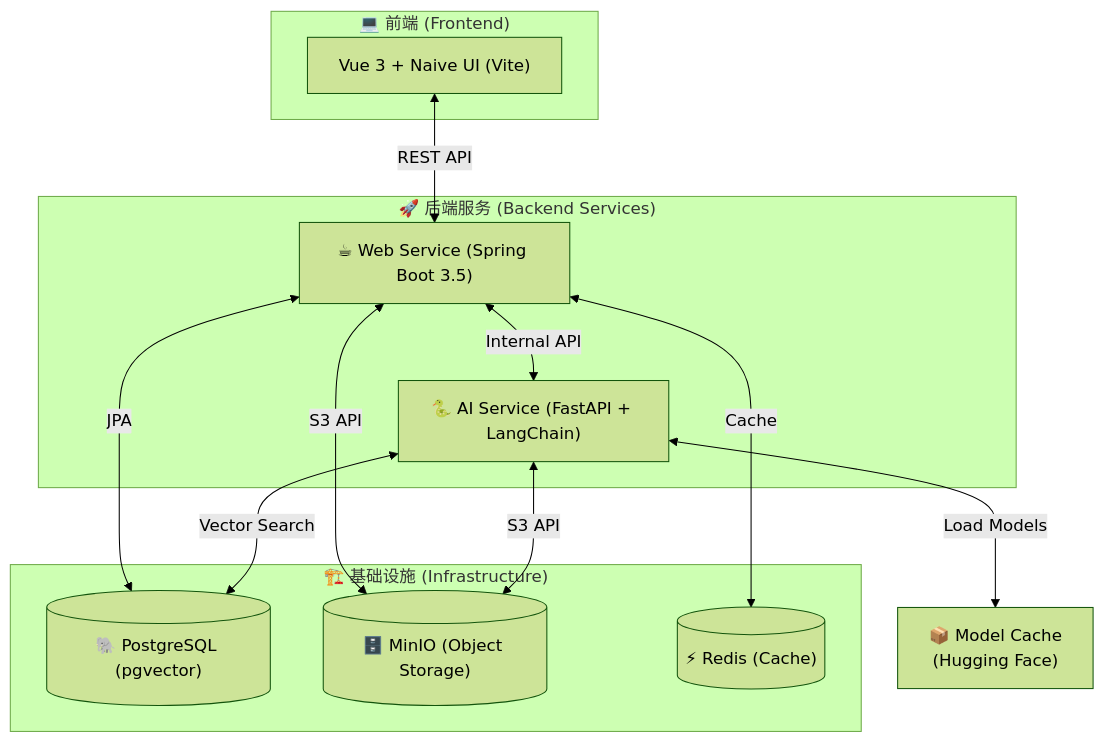
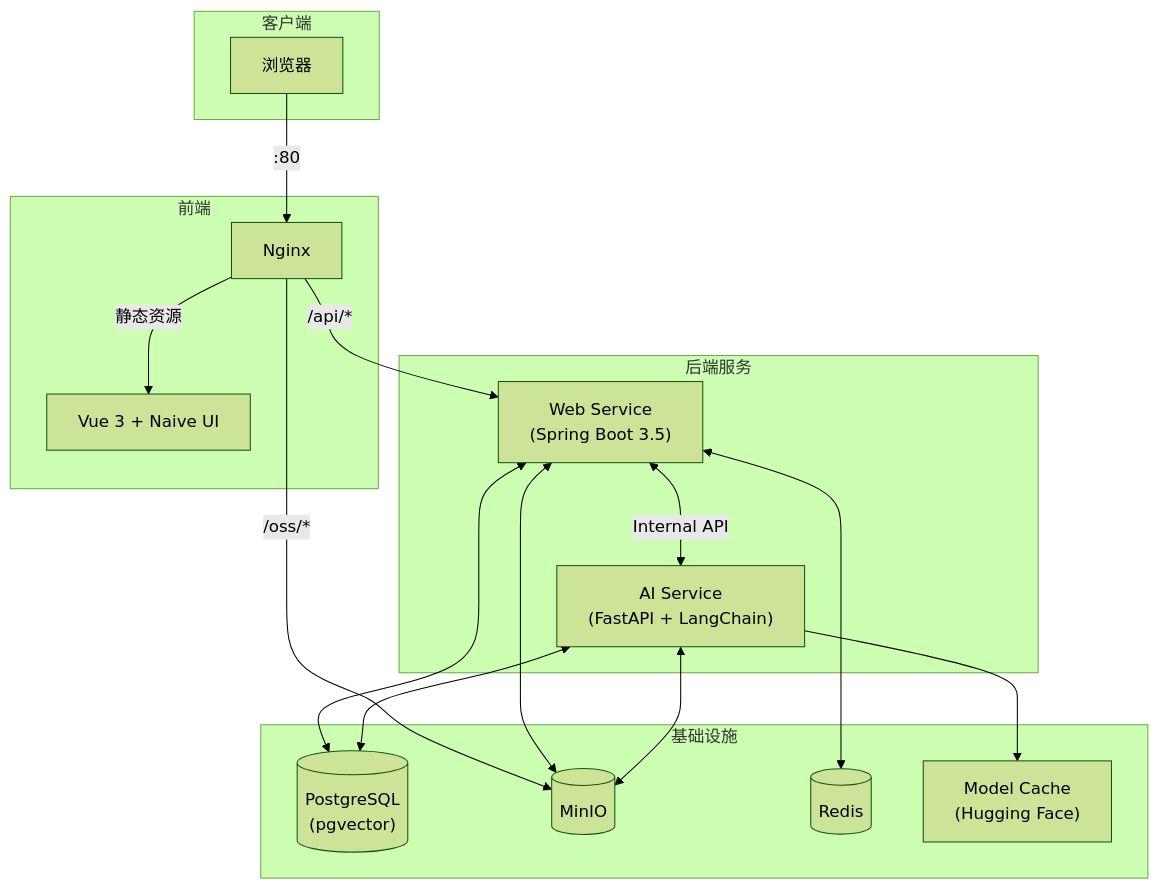
The diagram in README.md (tamakara/bakabooru), drawn with Mermaid (forest theme) before and after one commit. The commit also changed other lines of this file, not shown here.

````diff
--- a/README.md
+++ b/README.md
@@ -53,32 +40,35 @@
 ```mermaid
 graph TD
-    subgraph Frontend ["💻 前端 (Frontend)"]
-        Browser["Vue 3 + Naive UI (Vite)"]
-    end
-    
-    subgraph Backend ["🚀 后端服务 (Backend Services)"]
-        JavaService["☕ Web Service (Spring Boot 3.5)"]
-        AIService["🐍 AI Service (FastAPI + LangChain)"]
+    subgraph Client ["客户端"]
+        Browser["浏览器"]
     end
 
-    subgraph Infrastructure ["🏗️ 基础设施 (Infrastructure)"]
-        Postgres[("🐘 PostgreSQL (pgvector)")]
-        MinIO[("🗄️ MinIO (Object Storage)")]
-        Redis[("⚡ Redis (Cache)")]
+    subgraph Frontend ["前端"]
+        Nginx["Nginx"]
+        VueApp["Vue 3 + Naive UI"]
     end
 
-    %% 交互流
-    Browser <-->|"REST API"| JavaService
-    
-    %% 服务间通信
-    JavaService <-->|"Internal API"| AIService
-    
-    %% 数据存取
-    JavaService <-->|"JPA"| Postgres
-    JavaService <-->|"S3 API"| MinIO
-    JavaService <-->|"Cache"| Redis
-    
-    AIService <-->|"Vector Search"| Postgres
-    AIService <-->|"S3 API"| MinIO
-    AIService <-->|"Load Models"| ModelCache["📦 Model Cache<br/>(Hugging Face)"]
+    subgraph Backend ["后端服务"]
+        WebService["Web Service<br/>(Spring Boot 3.5)"]
+        AIService["AI Service<br/>(FastAPI + LangChain)"]
+    end
+
+    subgraph Infrastructure ["基础设施"]
+        Postgres[("PostgreSQL<br/>(pgvector)")]
+        MinIO[("MinIO")]
+        Redis[("Redis")]
+        ModelCache["Model Cache<br/>(Hugging Face)"]
+    end
+
+    Browser -->|" :80 "| Nginx
+    Nginx -->|" 静态资源 "| VueApp
+    Nginx -->|" /api/* "| WebService
+    Nginx -->|" /oss/* "| MinIO
+    WebService <-->|" Internal API "| AIService
+    WebService <--> Postgres
+    WebService <--> MinIO
+    WebService <--> Redis
+    AIService <--> Postgres
+    AIService <--> MinIO
+    AIService --> ModelCache
 ```
````
